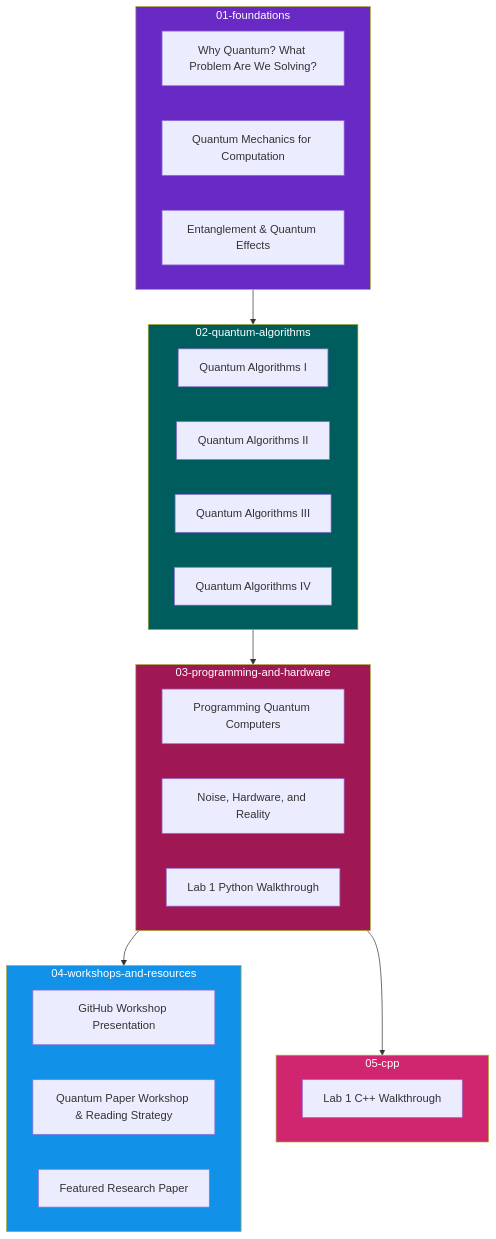
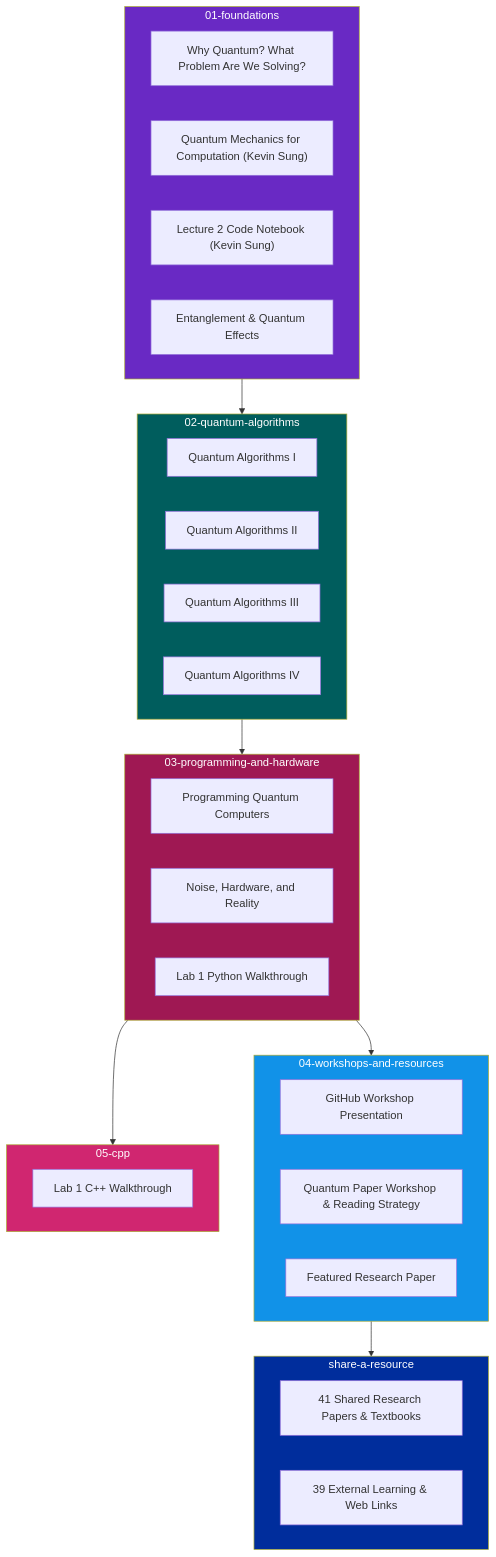
Before and after one commit to jaswantlhz/QGSS-26-lecture-slides-and-Docs: the diagram in README.md, drawn with Mermaid. The commit also changed other lines of this file and 43 other files, not shown here.

Commit message:
added almost everything from the share-a-resource channel - broke the push

````diff
--- a/README.md
+++ b/README.md
@@ -87,42 +94,50 @@
 ```mermaid
 flowchart TD
     subgraph F1["01-foundations"]
         A1["Why Quantum? What Problem Are We Solving?"]
-        A2["Quantum Mechanics for Computation"]
-        A3["Entanglement & Quantum Effects"]
+        A2["Quantum Mechanics for Computation (Kevin Sung)"]
+        A3["Lecture 2 Code Notebook (Kevin Sung)"]
+        A4["Entanglement & Quantum Effects"]
     end
 
     subgraph F2["02-quantum-algorithms"]
         B1["Quantum Algorithms I"]
         B2["Quantum Algorithms II"]
         B3["Quantum Algorithms III"]
         B4["Quantum Algorithms IV"]
     end
 
     subgraph F3["03-programming-and-hardware"]
         C1["Programming Quantum Computers"]
         C2["Noise, Hardware, and Reality"]
         C3["Lab 1 Python Walkthrough"]
     end
 
     subgraph F4["04-workshops-and-resources"]
         D1["GitHub Workshop Presentation"]
         D2["Quantum Paper Workshop & Reading Strategy"]
         D3["Featured Research Paper"]
     end
 
     subgraph F5["05-cpp"]
         E1["Lab 1 C++ Walkthrough"]
     end
 
+    subgraph F6["share-a-resource"]
+        G1["41 Shared Research Papers & Textbooks"]
+        G2["39 External Learning & Web Links"]
+    end
+
     F1 --> F2
     F2 --> F3
     F3 --> F4
     F3 --> F5
+    F4 --> F6
 
     style F1 fill:#6929C4,color:#fff
     style F2 fill:#005D5D,color:#fff
     style F3 fill:#9F1853,color:#fff
     style F4 fill:#1192E8,color:#fff
     style F5 fill:#D02670,color:#fff
+    style F6 fill:#002D9C,color:#fff
 ```
````
